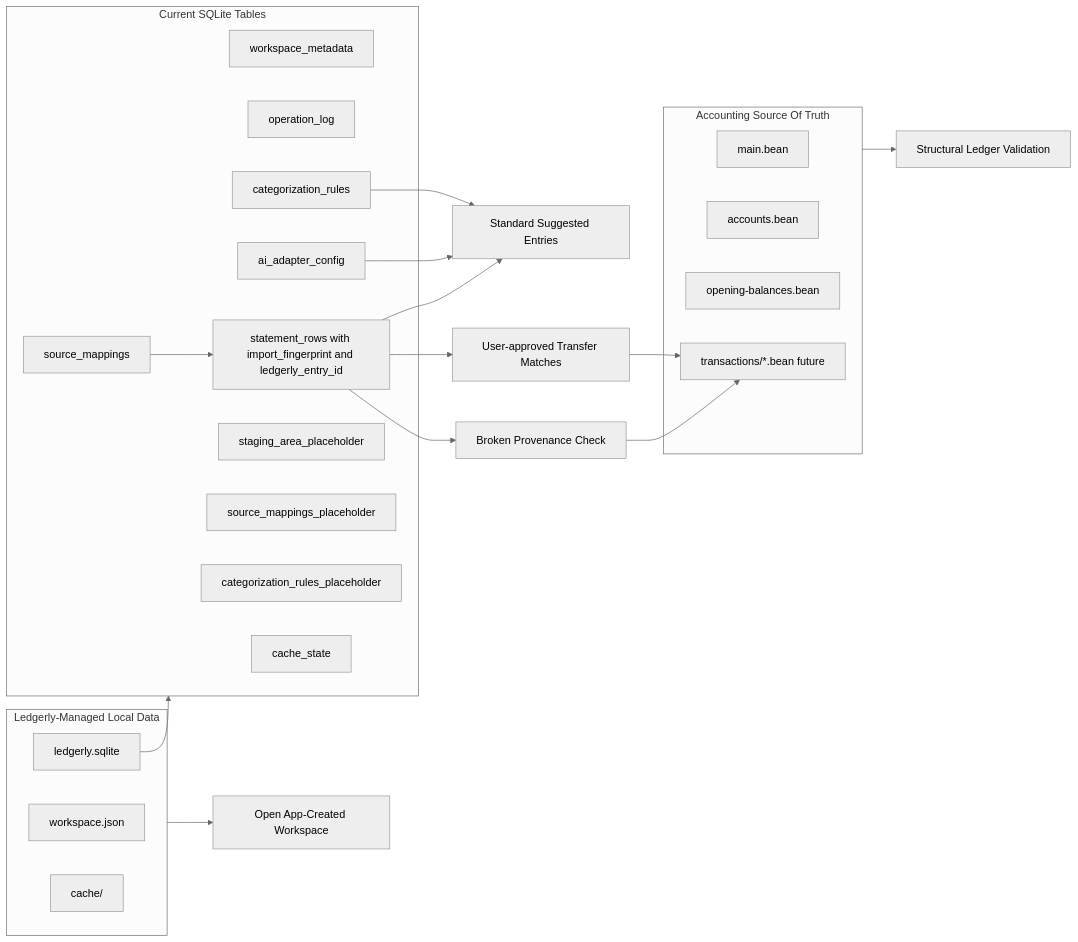
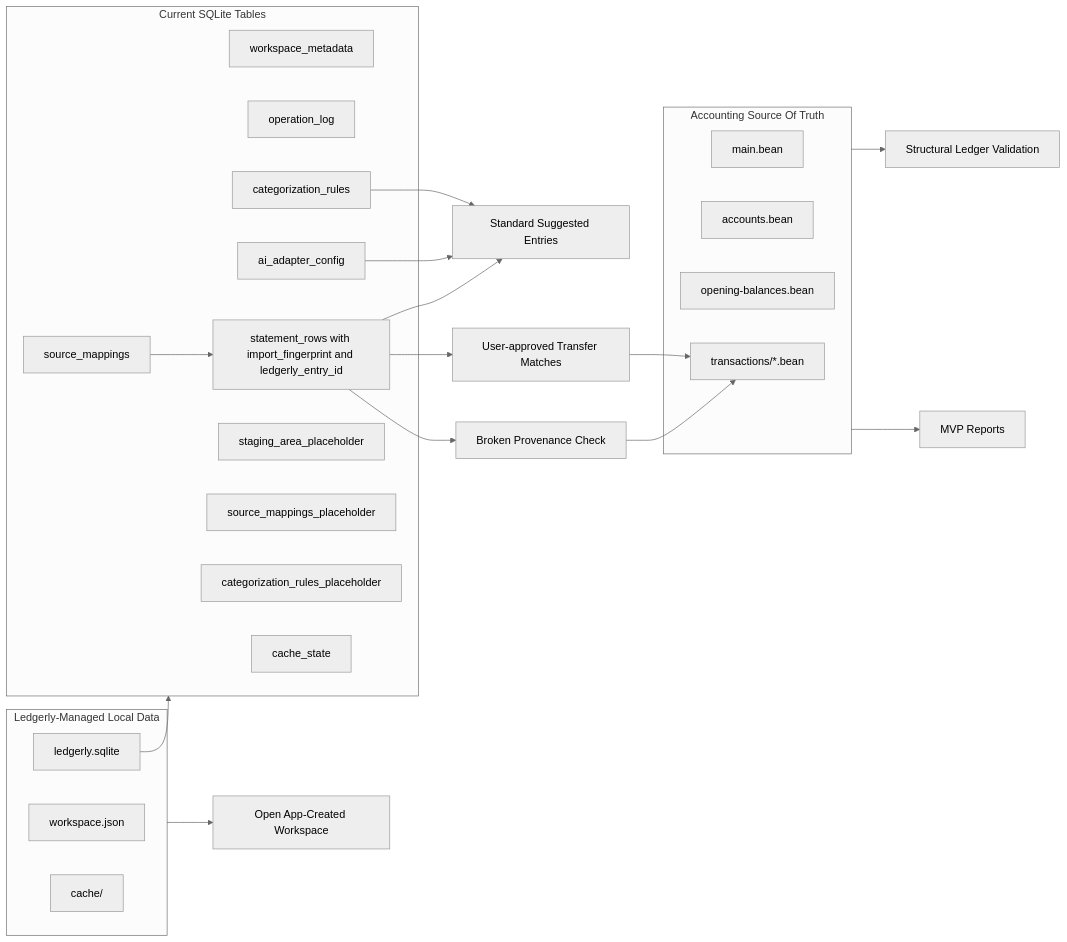
The third of 4 diagrams in docs/architecture.md (ryenski/Ledgerly-MVP), drawn with Mermaid (neutral theme) before and after one commit. The commit also changed other lines of this file and 14 other files, not shown here.

First line of the commit message:
Render MVP reports from the validated ledger (#27)

````diff
--- a/docs/architecture.md
+++ b/docs/architecture.md
@@ -246,40 +263,41 @@
 ```mermaid
 flowchart LR
   subgraph SourceOfTruth[Accounting Source Of Truth]
     MainBean[main.bean]
     AccountsBean[accounts.bean]
     OpeningBalances[opening-balances.bean]
-    FutureMonthly[transactions/*.bean future]
+    MonthlyTransactions[transactions/*.bean]
   end
 
   subgraph LedgerlyManaged[Ledgerly-Managed Local Data]
     Manifest[workspace.json]
     Sqlite[ledgerly.sqlite]
     Cache[cache/]
   end
 
   subgraph CurrentSqlite[Current SQLite Tables]
     Metadata[workspace_metadata]
     OperationLog[operation_log]
     SourceMappings[source_mappings]
     StatementRows[statement_rows with import_fingerprint and ledgerly_entry_id]
     CategorizationRulesTable[categorization_rules]
     AiAdapterConfig[ai_adapter_config]
     StagingPlaceholder[staging_area_placeholder]
     MappingPlaceholder[source_mappings_placeholder]
     RulesPlaceholder[categorization_rules_placeholder]
     CacheState[cache_state]
   end
 
   SourceOfTruth --> Validation[Structural Ledger Validation]
+  SourceOfTruth --> Reports[MVP Reports]
   LedgerlyManaged --> OpenWorkspace[Open App-Created Workspace]
   Sqlite --> CurrentSqlite
   SourceMappings --> StatementRows
   CategorizationRulesTable --> SuggestedEntries
   AiAdapterConfig --> SuggestedEntries
   StatementRows --> SuggestedEntries[Standard Suggested Entries]
   StatementRows --> TransferMatches[User-approved Transfer Matches]
   StatementRows --> ProvenanceCheck[Broken Provenance Check]
-  TransferMatches --> FutureMonthly
-  ProvenanceCheck --> FutureMonthly
+  TransferMatches --> MonthlyTransactions
+  ProvenanceCheck --> MonthlyTransactions
 ```
````
